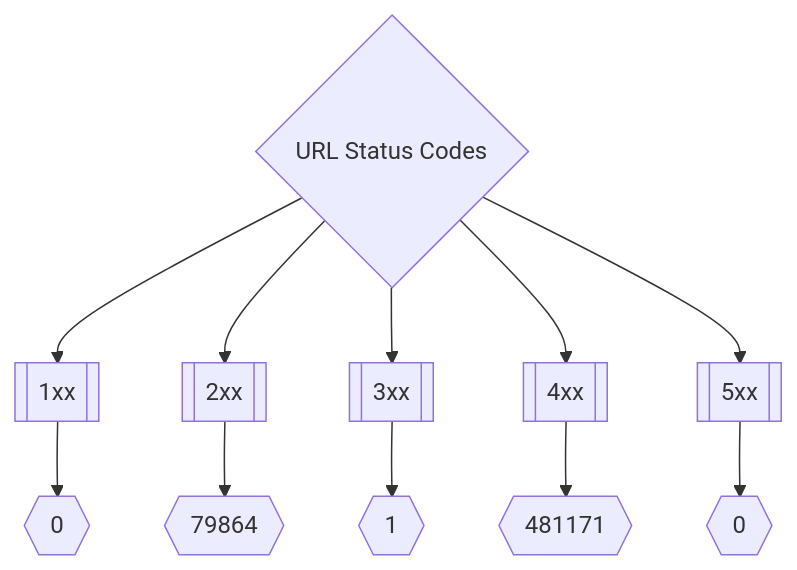
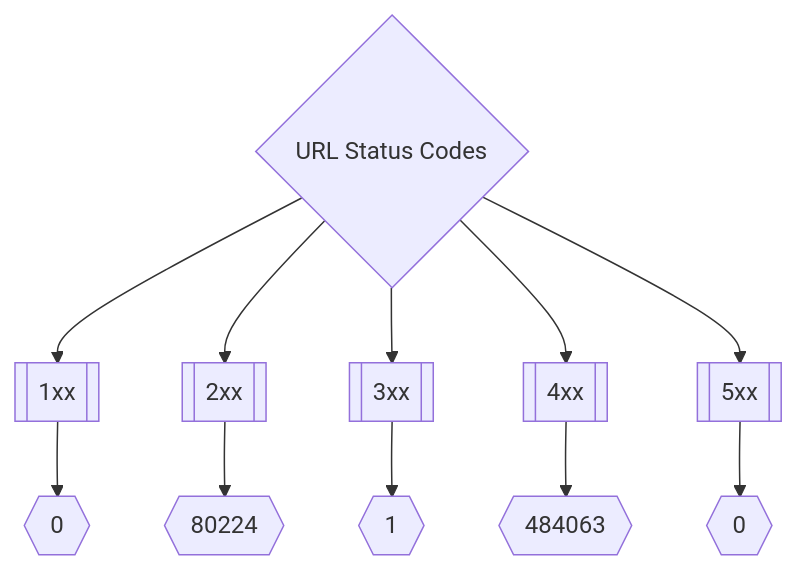
Before and after one commit to trickest/inventory: the second of 3 diagrams in README.md, drawn with Mermaid. The commit also changed other lines of this file, not shown here.

Commit message:
Update README.md Mon May 30 14:24:30 UTC 2022

````diff
--- a/README.md
+++ b/README.md
@@ -173,8 +173,8 @@
 ```mermaid
 graph TD
 title{URL Status Codes} --> 1xx[[1xx]] --> status1xxNum{{0}}
-title --> 2xx[[2xx]] --> status2xxNum{{79864}}
+title --> 2xx[[2xx]] --> status2xxNum{{80224}}
 title --> 3xx[[3xx]] --> status3xxNum{{1}}
-title --> 4xx[[4xx]] --> status4xxNum{{481171}}
+title --> 4xx[[4xx]] --> status4xxNum{{484063}}
 title --> 5xx[[5xx]] --> status5xxNum{{0}}
 ```
````
